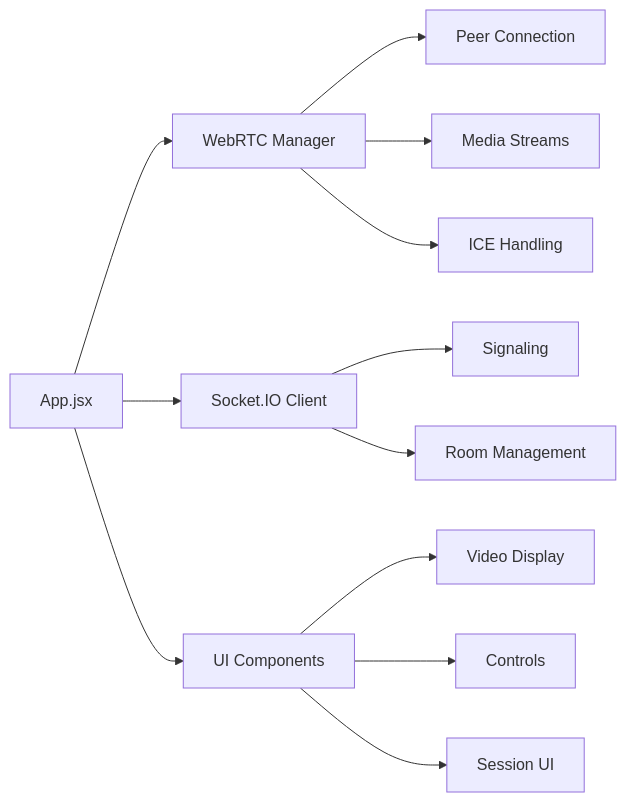
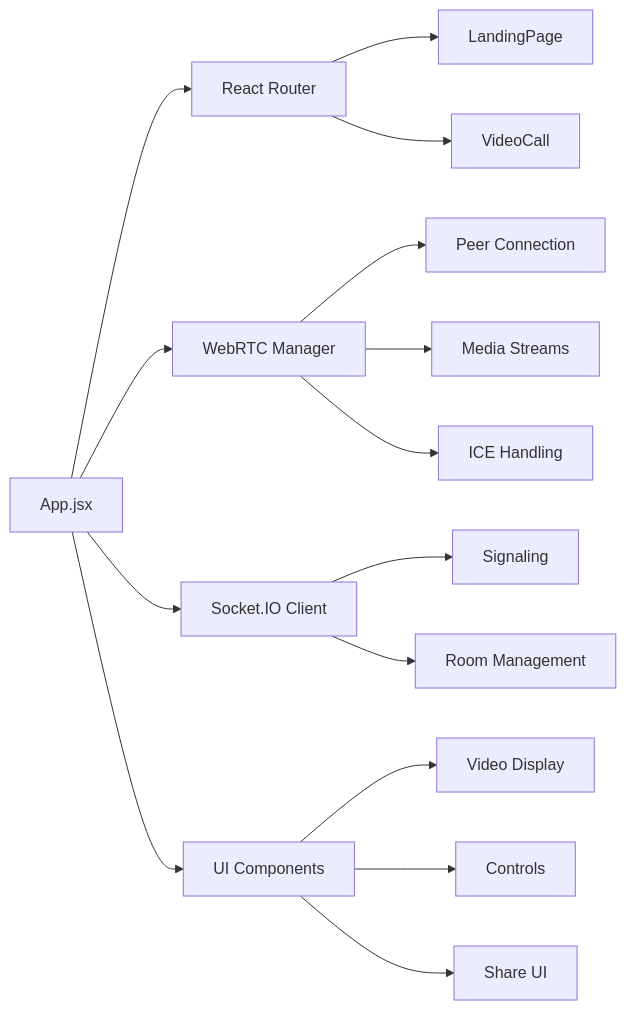
One commit to AbhigyanRaj/Vok.Chat changed the third of 4 diagrams in README.md. Above: the diagram before and after it, drawn with Mermaid. The commit also changed other lines of this file and 10 other files, not shown here.

````diff
--- a/README.md
+++ b/README.md
@@ -270,17 +294,21 @@
 ```mermaid
 graph LR
-    A[App.jsx] --> B[WebRTC Manager]
-    A --> C[Socket.IO Client]
-    A --> D[UI Components]
+    A[App.jsx] --> B[React Router]
+    A --> C[WebRTC Manager]
+    A --> D[Socket.IO Client]
+    A --> E[UI Components]
     
-    B --> E[Peer Connection]
-    B --> F[Media Streams]
-    B --> G[ICE Handling]
+    B --> F[LandingPage]
+    B --> G[VideoCall]
     
-    C --> H[Signaling]
-    C --> I[Room Management]
+    C --> H[Peer Connection]
+    C --> I[Media Streams]
+    C --> J[ICE Handling]
     
-    D --> J[Video Display]
-    D --> K[Controls]
-    D --> L[Session UI]
+    D --> K[Signaling]
+    D --> L[Room Management]
+    
+    E --> M[Video Display]
+    E --> N[Controls]
+    E --> O[Share UI]
 ```
````
